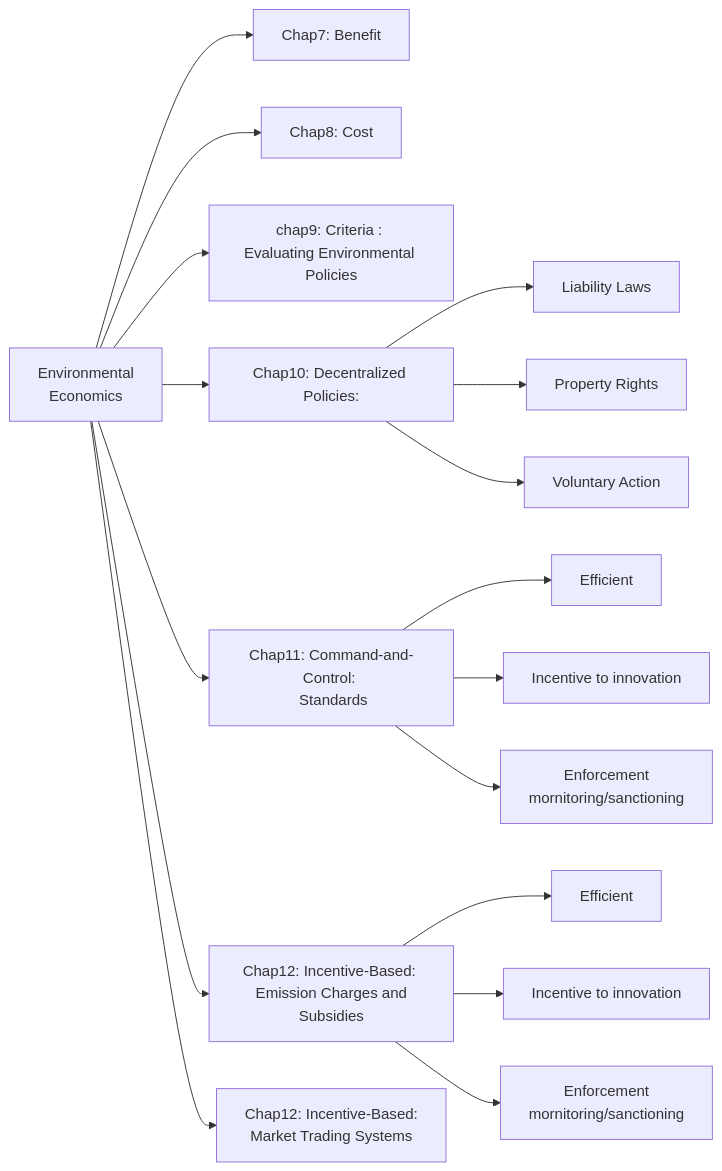
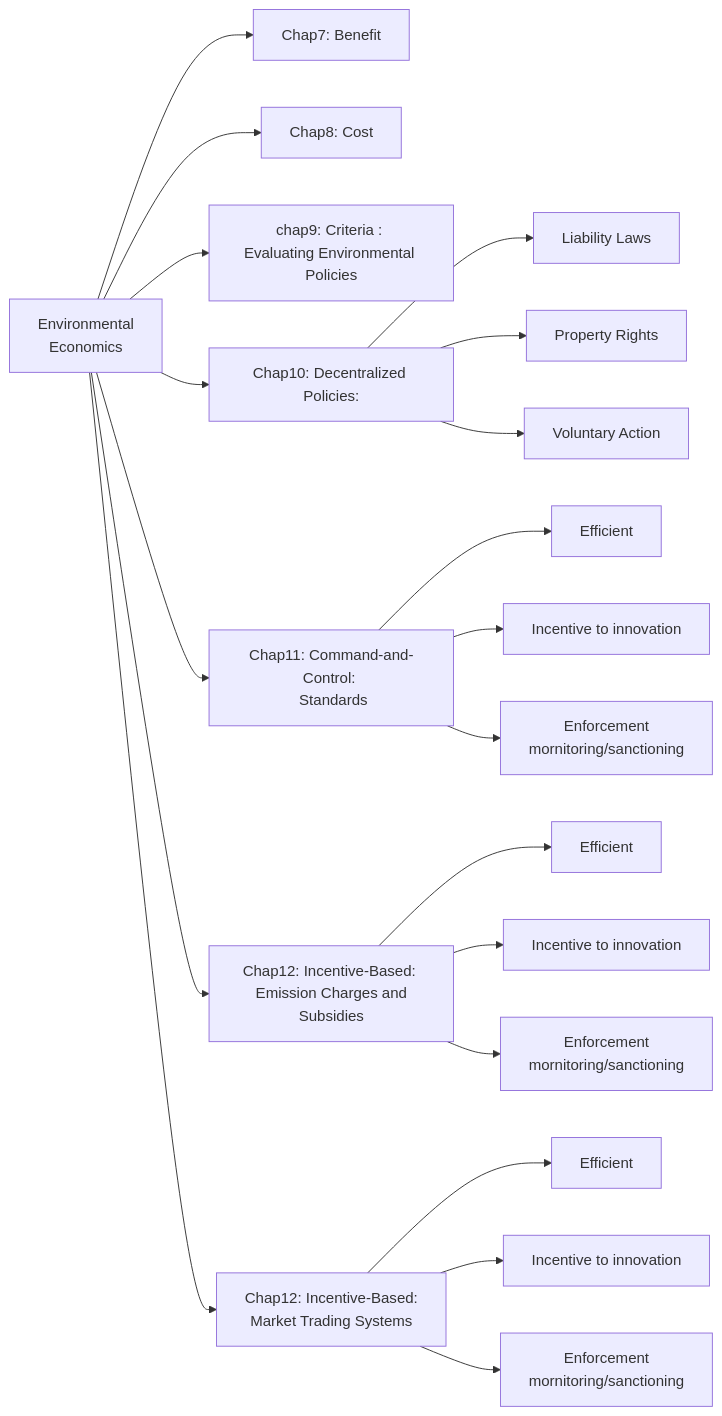
Before and after one commit to snowdj/ECON: the diagram in _posts/2017-04-13-381-final-2017.md, drawn with Mermaid.

```diff
--- a/_posts/2017-04-13-381-final-2017.md
+++ b/_posts/2017-04-13-381-final-2017.md
@@ -22,22 +22,24 @@
 <div class="mermaid">
 graph LR
       id0[Environmental <br> Economics]-->id1[Chap7: Benefit]
       id0[Environmental <br> Economics]-->id2[Chap8: Cost]
       id0[Environmental <br> Economics]-->id3[chap9: Criteria : <br>Evaluating Environmental Policies]
       id0[Environmental <br> Economics]-->id4[Chap10: Decentralized Policies:]
       id0[Environmental <br> Economics]-->id5[Chap11: Command-and-Control: <br> Standards]
       id0[Environmental <br> Economics]-->id6[Chap12: Incentive-Based: <br> Emission Charges and Subsidies]
       id0[Environmental <br> Economics]-->id7[Chap12: Incentive-Based: <br> Market Trading Systems]
       
       id4-->id9[Liability Laws]
      id4-->id10[Property Rights]
      id4-->id11[Voluntary Action]
      id5-->id12[Efficient]
      id5-->id13[Incentive to innovation]
      id5-->id14[Enforcement <br> mornitoring/sanctioning]
      id6-->id15[Efficient]
      id6-->id16[Incentive to innovation]
      id6-->id17[Enforcement<br> mornitoring/sanctioning]
-
+     id7-->id18[Efficient]
+     id7-->id19[Incentive to innovation]
+     id7-->id20[Enforcement<br> mornitoring/sanctioning]
      
  </div>
```
